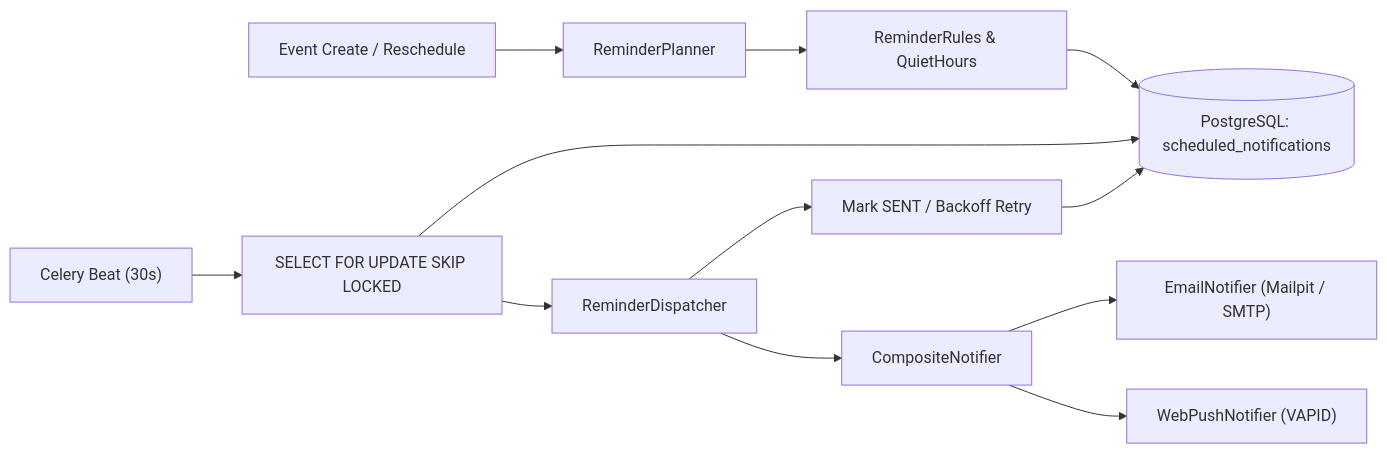
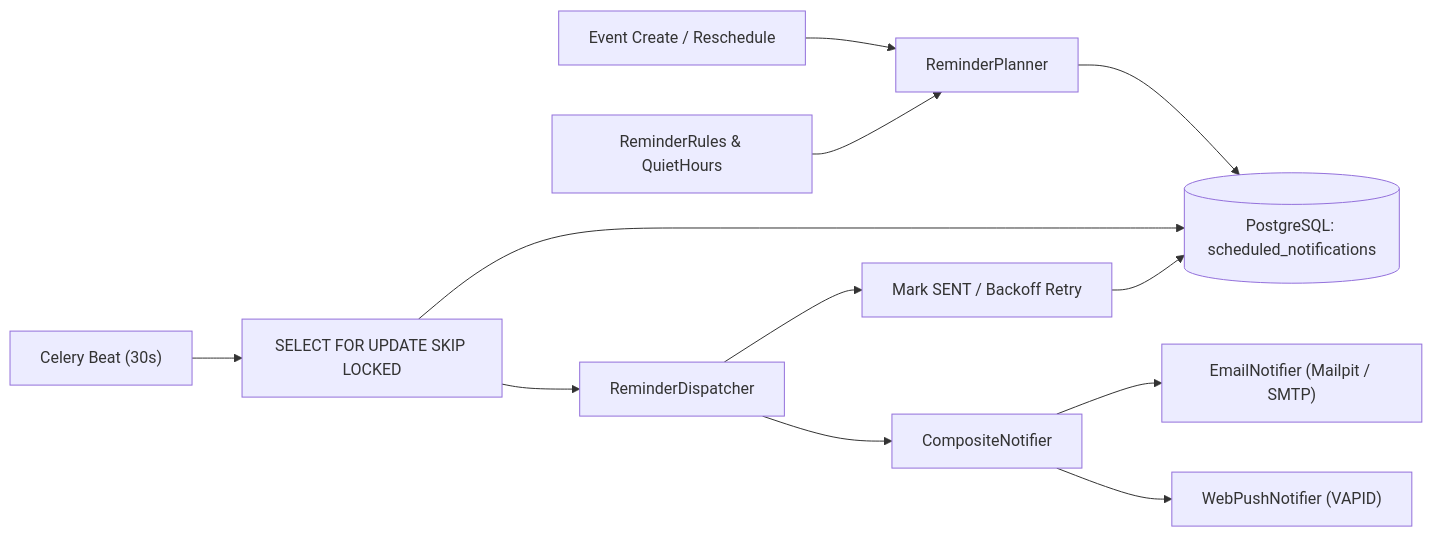
One commit to Quantum-Blade1/facultydesk changed the seventh of 8 diagrams in docs/DECISIONS.md. Above: the diagram before and after it, drawn with Mermaid. The commit also changed other lines of this file and 33 other files, not shown here.

````diff
--- a/docs/DECISIONS.md
+++ b/docs/DECISIONS.md
@@ -230,14 +230,14 @@
 ```mermaid
 flowchart LR
     EventHook["Event Create / Reschedule"] --> Planner["ReminderPlanner"]
-    Planner --> Rules["ReminderRules & QuietHours"]
-    Rules --> SchedDB[("PostgreSQL: scheduled_notifications")]
+    Rules["ReminderRules & QuietHours"] --> Planner
+    Planner --> SchedDB[("PostgreSQL: scheduled_notifications")]
     Beat["Celery Beat (30s)"] --> Claim["SELECT FOR UPDATE SKIP LOCKED"]
     Claim --> SchedDB
     Claim --> Dispatcher["ReminderDispatcher"]
     Dispatcher --> Composite["CompositeNotifier"]
     Composite --> Email["EmailNotifier (Mailpit / SMTP)"]
     Composite --> Push["WebPushNotifier (VAPID)"]
     Dispatcher --> Sent["Mark SENT / Backoff Retry"]
     Sent --> SchedDB
 ```
````
